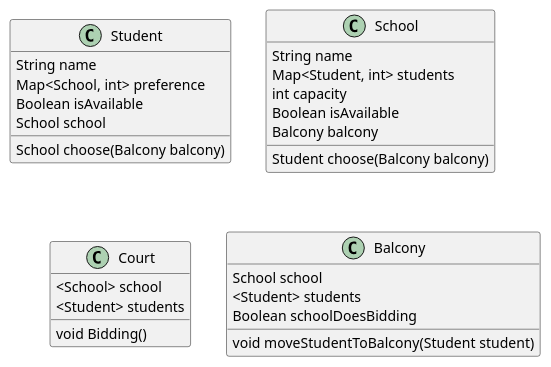
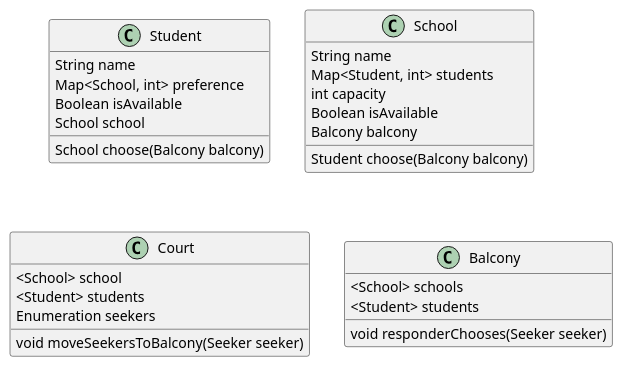
One commit to Paul-Arago/Graph-Project-1A changed the diagram in README.md. Above: the diagram before and after it, drawn with PlantUML. The commit also changed other lines of this file, not shown here.

````diff
--- a/README.md
+++ b/README.md
@@ -3,34 +3,34 @@
 ```plantuml
 @startuml
 class Student {
     String name
     Map<School, int> preference 
     Boolean isAvailable
     School school
     School choose(Balcony balcony)
 }
 
 class School {
     String name
     Map<Student, int> students
     int capacity
     Boolean isAvailable
     Balcony balcony
     Student choose(Balcony balcony)
 }
 
 class Court {
     <School> school
     <Student> students
-    void Bidding()
+    Enumeration seekers
+    void moveSeekersToBalcony(Seeker seeker)
 }
 
 class Balcony {
-    School school
+    <School> schools
     <Student> students
-    Boolean schoolDoesBidding
-    void moveStudentToBalcony(Student student)
+    void responderChooses(Seeker seeker)
 }
 
 @enduml
 ```
````
